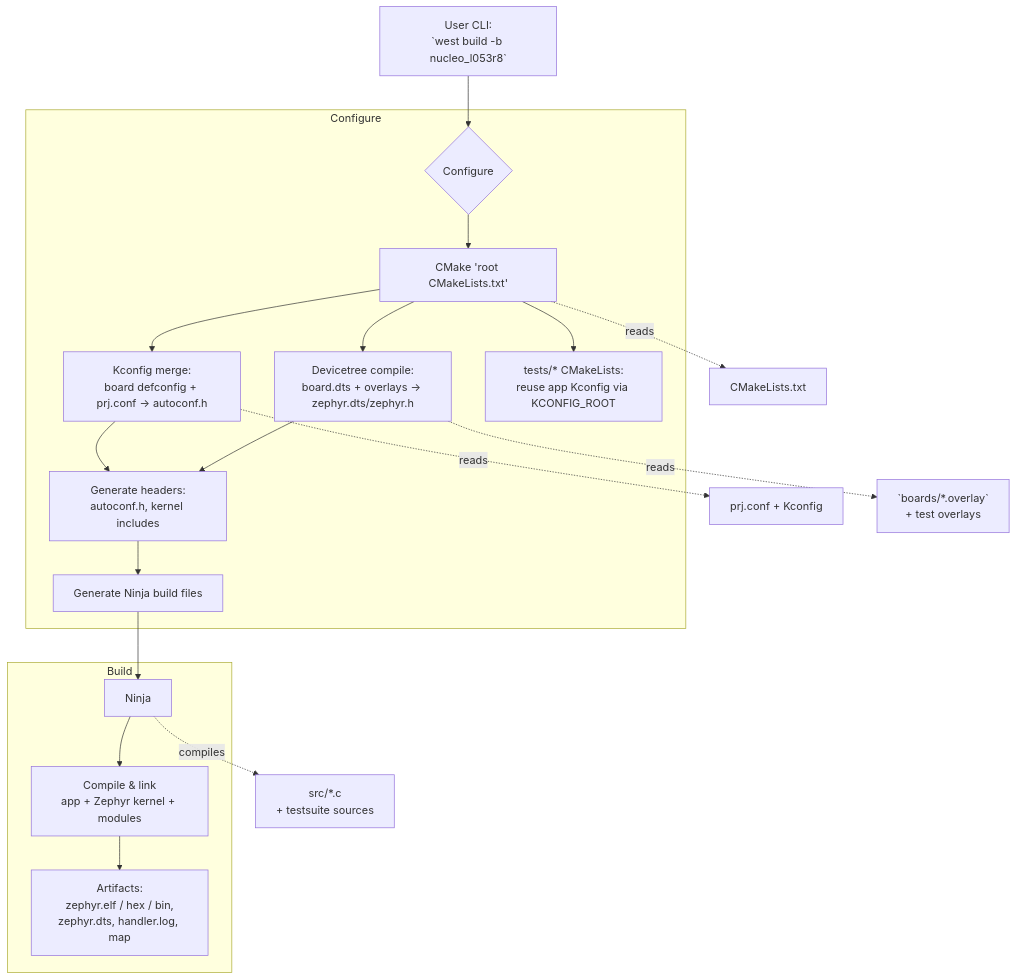
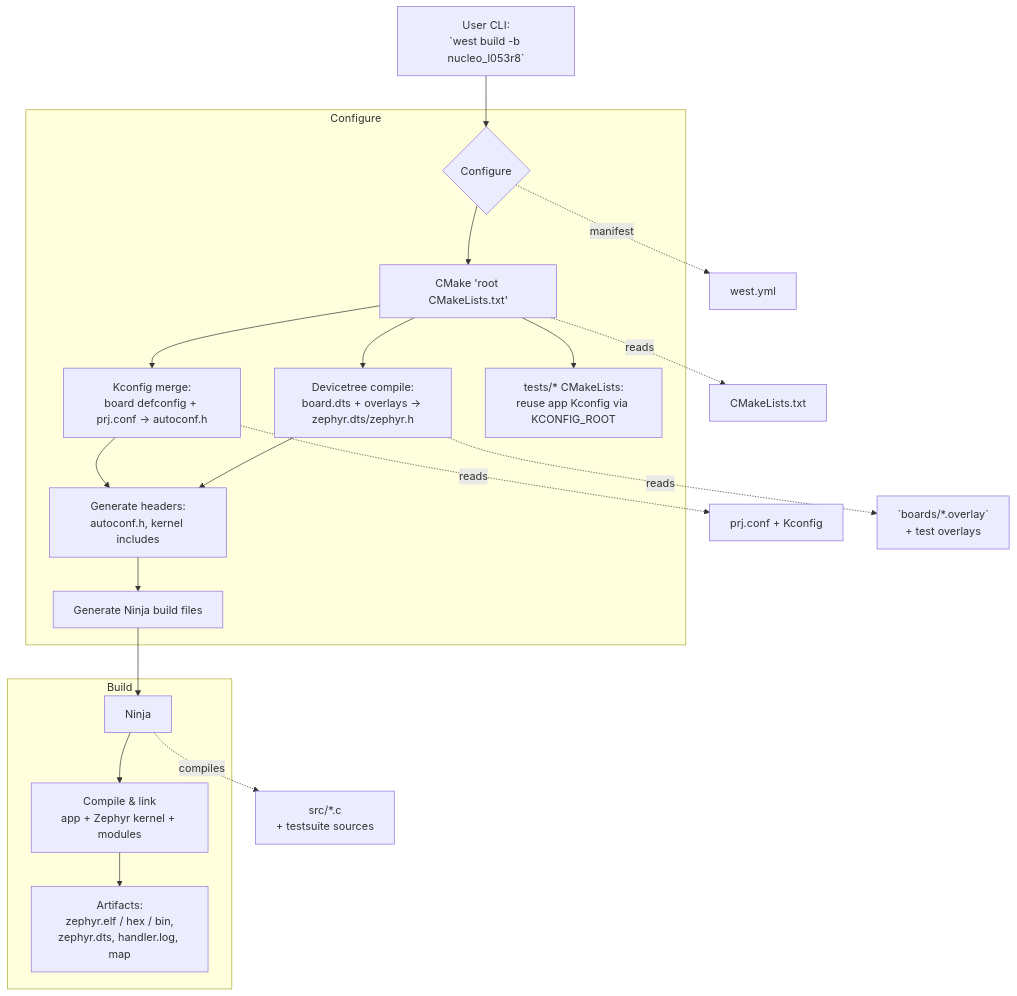
The second of 3 diagrams in README.md (ramirezramiro/stm32-zephyr-watchdog-threads), drawn with Mermaid before and after one commit. The commit also changed other lines of this file, not shown here.

Commit message:
modify flowcharts

````diff
--- a/README.md
+++ b/README.md
@@ -323,25 +326,26 @@
 ```mermaid
 flowchart TD
   user[User CLI:<br/>`west build -b nucleo_l053r8`] --> cfg{Configure}
 
   subgraph Configure
     cfg --> cmake[CMake 'root CMakeLists.txt']
     cmake --> kconfig[Kconfig merge:<br/>board defconfig + prj.conf → autoconf.h]
     cmake --> dts[Devicetree compile:<br/>board.dts + overlays → zephyr.dts/zephyr.h]
     cmake --> tests[tests/* CMakeLists:<br/>reuse app Kconfig via KCONFIG_ROOT]
     kconfig --> headers[Generate headers:<br/>autoconf.h, kernel includes]
     dts --> headers
     headers --> ninjaprep[Generate Ninja build files]
   end
 
   subgraph Build
     ninjaprep --> ninja[Ninja]
     ninja --> compile[Compile & link<br/>app + Zephyr kernel + modules]
     compile --> artifacts[Artifacts:<br/>zephyr.elf / hex / bin,<br/>zephyr.dts, handler.log, map]
   end
 
   cmake -. reads .-> cmakelists[CMakeLists.txt]
   kconfig -. reads .-> prjconf[prj.conf + Kconfig]
   dts -. reads .-> overlays[`boards/*.overlay`<br/>+ test overlays]
   ninja -. compiles .-> sources[src/*.c<br/>+ testsuite sources]
+  cfg -. manifest .-> manifest[west.yml]
 ```
````
